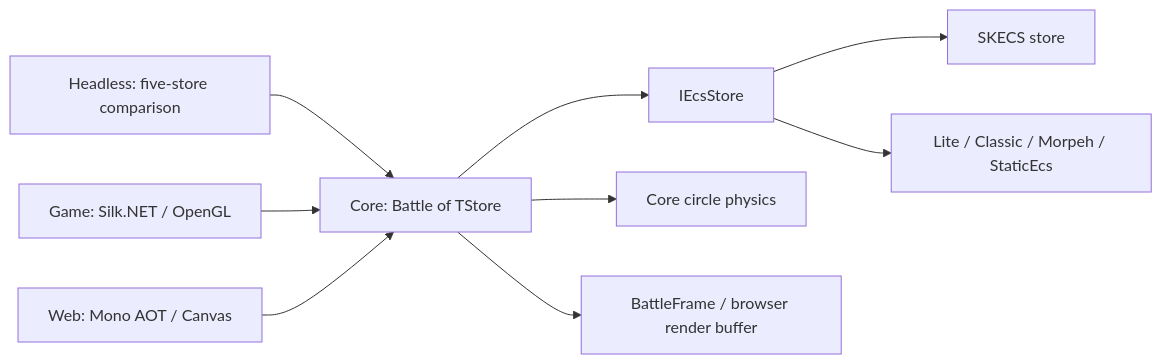
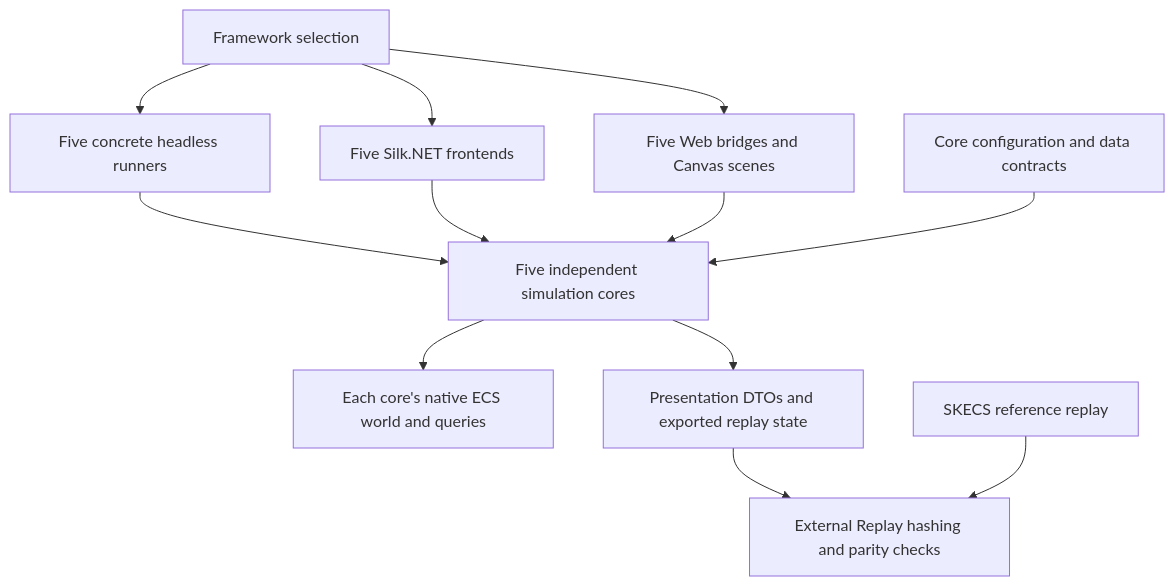
One commit to ShortKedr/skecs changed the diagram in docs/space-battle/ARCHITECTURE.md. Above: the diagram before and after it, drawn with Mermaid. The commit also changed other lines of this file and 206 other files, not shown here.

Commit message:
Implement independent native SpaceBattle cores and refresh benchmarks

````diff
--- a/docs/space-battle/ARCHITECTURE.md
+++ b/docs/space-battle/ARCHITECTURE.md
@@ -11,11 +14,14 @@
 ```mermaid
-flowchart LR
-    Headless[Headless: five-store comparison] --> Battle[Core: Battle of TStore]
-    Game[Game: Silk.NET / OpenGL] --> Battle
-    Web[Web: Mono AOT / Canvas] --> Battle
-    Battle --> Store[IEcsStore]
-    Store --> SKECS[SKECS store]
-    Store --> Adapters[Lite / Classic / Morpeh / StaticEcs]
-    Battle --> Physics[Core circle physics]
-    Battle --> Frame[BattleFrame / browser render buffer]
+flowchart TB
+    Select[Framework selection] --> Headless[Five concrete headless runners]
+    Select --> Game[Five Silk.NET frontends]
+    Select --> Web[Five Web bridges and Canvas scenes]
+    Headless --> Native[Five independent simulation cores]
+    Game --> Native
+    Web --> Native
+    Native --> ECS[Each core's native ECS world and queries]
+    Native --> Frame[Presentation DTOs and exported replay state]
+    Frame --> Replay[External Replay hashing and parity checks]
+    Oracle[SKECS reference replay] --> Replay
+    Contracts[Core configuration and data contracts] --> Native
 ```
````
